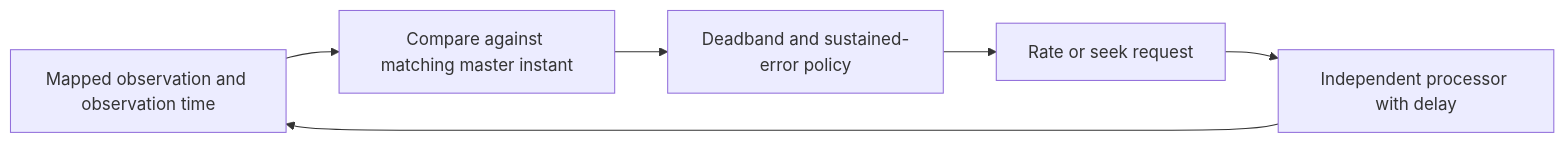
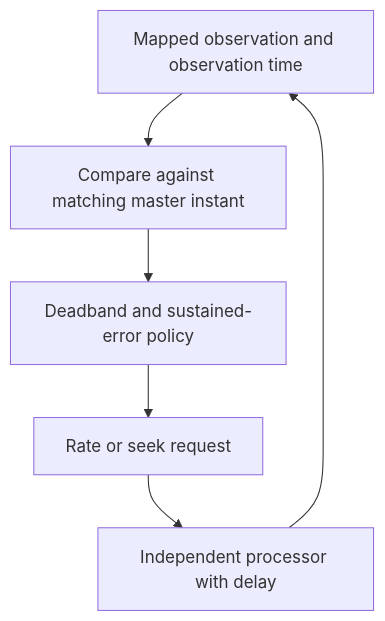
Before and after one commit to go-go-golems/go-go-parc: the second of 2 diagrams in Projects/2026/09/10/ARTICLE - Engineering Temporal Systems - 02 - Temporal Coordination.md, drawn with Mermaid. The commit also changed 2 other files, not shown here.

Commit message:
docs: finish textbook review and improve control diagram readability

````diff
--- a/Projects/2026/09/10/ARTICLE - Engineering Temporal Systems - 02 - Temporal Coordination.md
+++ b/Projects/2026/09/10/ARTICLE - Engineering Temporal Systems - 02 - Temporal Coordination.md
@@ -149,8 +149,8 @@
 ```mermaid
-flowchart LR
+flowchart TD
   M[Mapped observation and observation time] --> E[Compare against matching master instant]
   E --> C[Deadband and sustained-error policy]
   C --> P[Rate or seek request]
   P --> D[Independent processor with delay]
   D --> M
 ```
````
